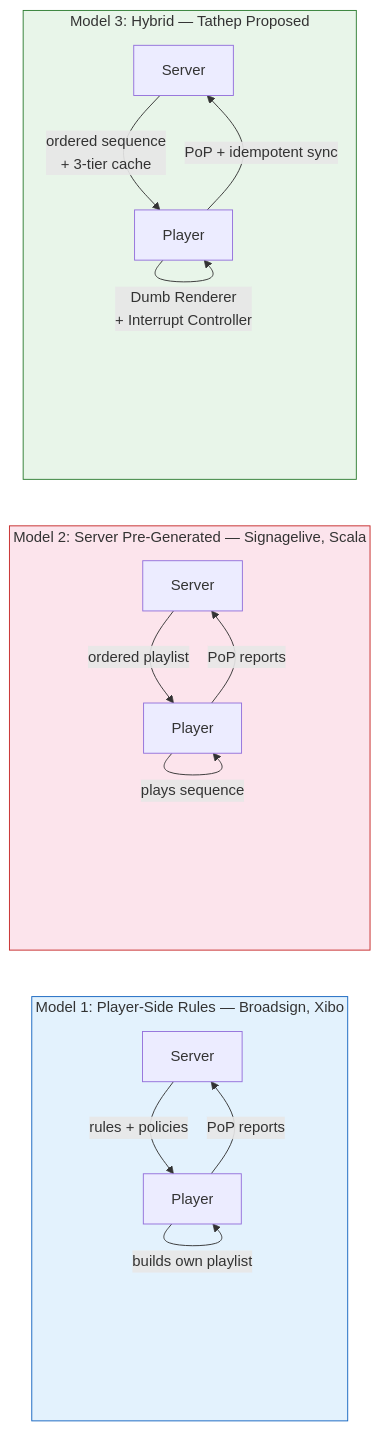
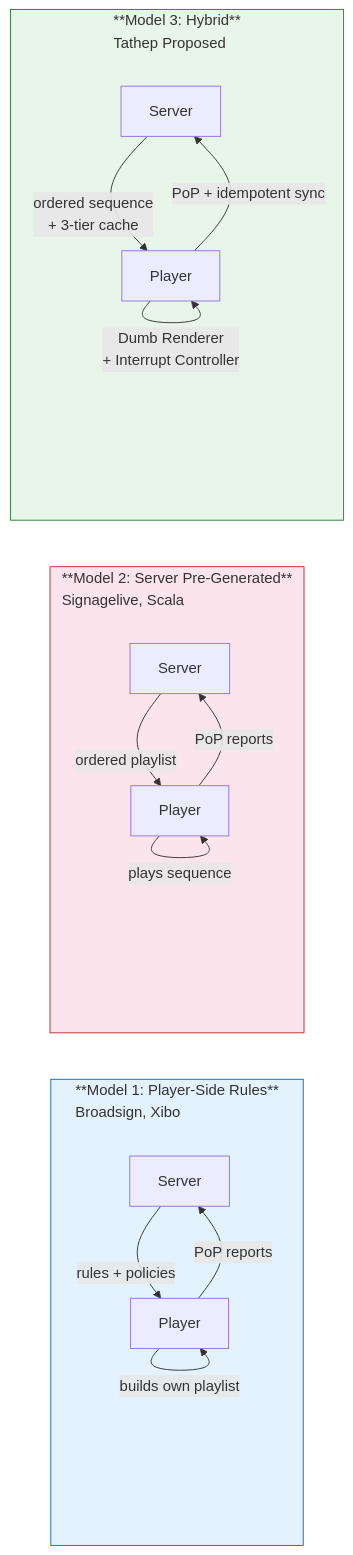
One commit to wasikarn/jira-generator changed the diagram in scripts/diagrams/13-industry-comparison.mmd. Above: the diagram before and after it, drawn with Mermaid. The commit also changed 6 other files, not shown here.

First line of the commit message:
fix: add subGraphTitleMargin to all flowchart diagrams to prevent title overlap

```diff
--- a/scripts/diagrams/13-industry-comparison.mmd
+++ b/scripts/diagrams/13-industry-comparison.mmd
@@ -1,25 +1,26 @@
+%%{init: {"flowchart": {"subGraphTitleMargin": {"top": 0, "bottom": 45}}} }%%
 flowchart LR
-    subgraph M1["Model 1: Player-Side Rules — Broadsign, Xibo"]
+    subgraph M1["**Model 1: Player-Side Rules**<br/>Broadsign, Xibo"]
         direction TB
         M1S["Server"] -->|"rules + policies"| M1P["Player"]
         M1P -->|"builds own playlist"| M1P
         M1P -->|"PoP reports"| M1S
     end
 
-    subgraph M2["Model 2: Server Pre-Generated — Signagelive, Scala"]
+    subgraph M2["**Model 2: Server Pre-Generated**<br/>Signagelive, Scala"]
         direction TB
         M2S["Server"] -->|"ordered playlist"| M2P["Player"]
         M2P -->|"plays sequence"| M2P
         M2P -->|"PoP reports"| M2S
     end
 
-    subgraph M3["Model 3: Hybrid — Tathep Proposed"]
+    subgraph M3["**Model 3: Hybrid**<br/>Tathep Proposed"]
         direction TB
         M3S["Server"] -->|"ordered sequence<br/>+ 3-tier cache"| M3P["Player"]
         M3P -->|"Dumb Renderer<br/>+ Interrupt Controller"| M3P
         M3P -->|"PoP + idempotent sync"| M3S
     end
 
     style M1 fill:#e3f2fd,stroke:#1565C0
     style M2 fill:#fce4ec,stroke:#C62828
     style M3 fill:#e8f5e9,stroke:#2E7D32
```
